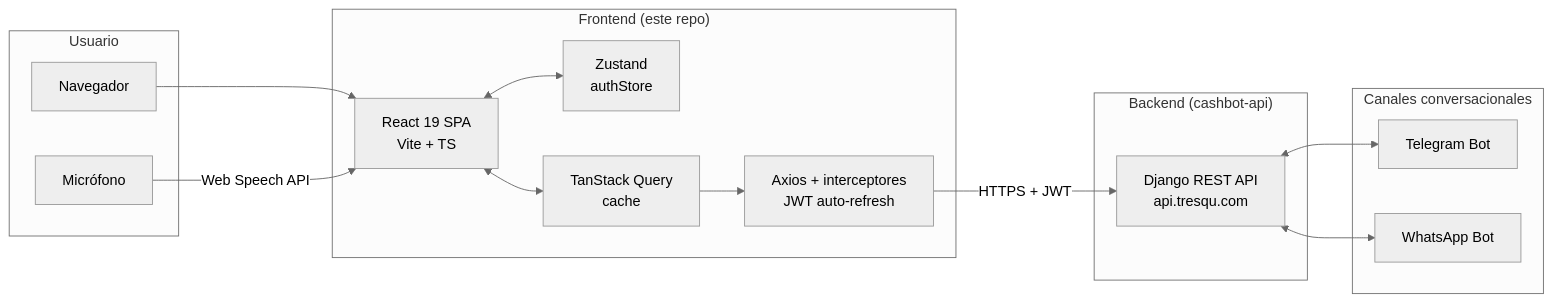
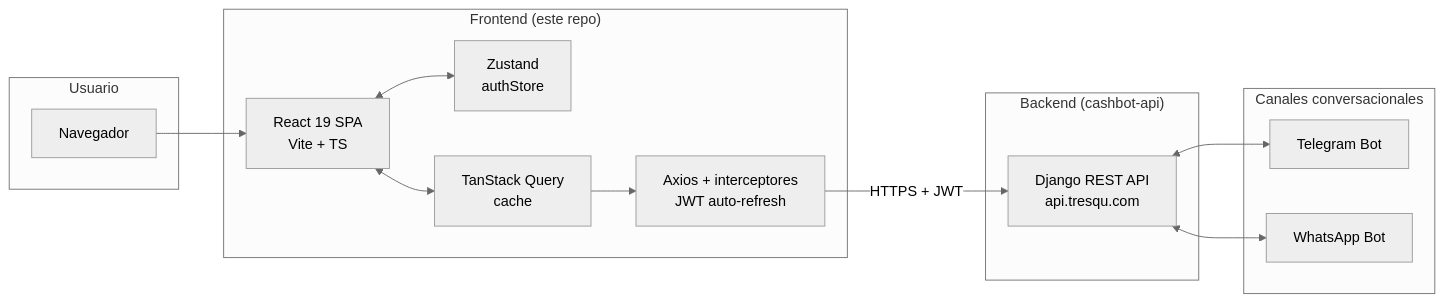
Before and after one commit to Jjat00/tresqu-frontend: the first of 3 diagrams in README.md, drawn with Mermaid (neutral theme). The commit also changed other lines of this file, not shown here.

````diff
--- a/README.md
+++ b/README.md
@@ -42,32 +42,30 @@
 ```mermaid
 flowchart LR
     subgraph User["Usuario"]
         BROWSER[Navegador]
-        MIC[Micrófono]
     end
 
     subgraph Frontend["Frontend (este repo)"]
         SPA[React 19 SPA<br/>Vite + TS]
         ZS[Zustand<br/>authStore]
         RQ[TanStack Query<br/>cache]
         AX[Axios + interceptores<br/>JWT auto-refresh]
     end
 
     subgraph Backend["Backend (cashbot-api)"]
         API[Django REST API<br/>api.tresqu.com]
     end
 
     subgraph Bots["Canales conversacionales"]
         TG[Telegram Bot]
         WA[WhatsApp Bot]
     end
 
     BROWSER --> SPA
-    MIC -->|Web Speech API| SPA
     SPA <--> ZS
     SPA <--> RQ
     RQ --> AX
     AX -->|HTTPS + JWT| API
     API <--> TG
     API <--> WA
 ```
````
